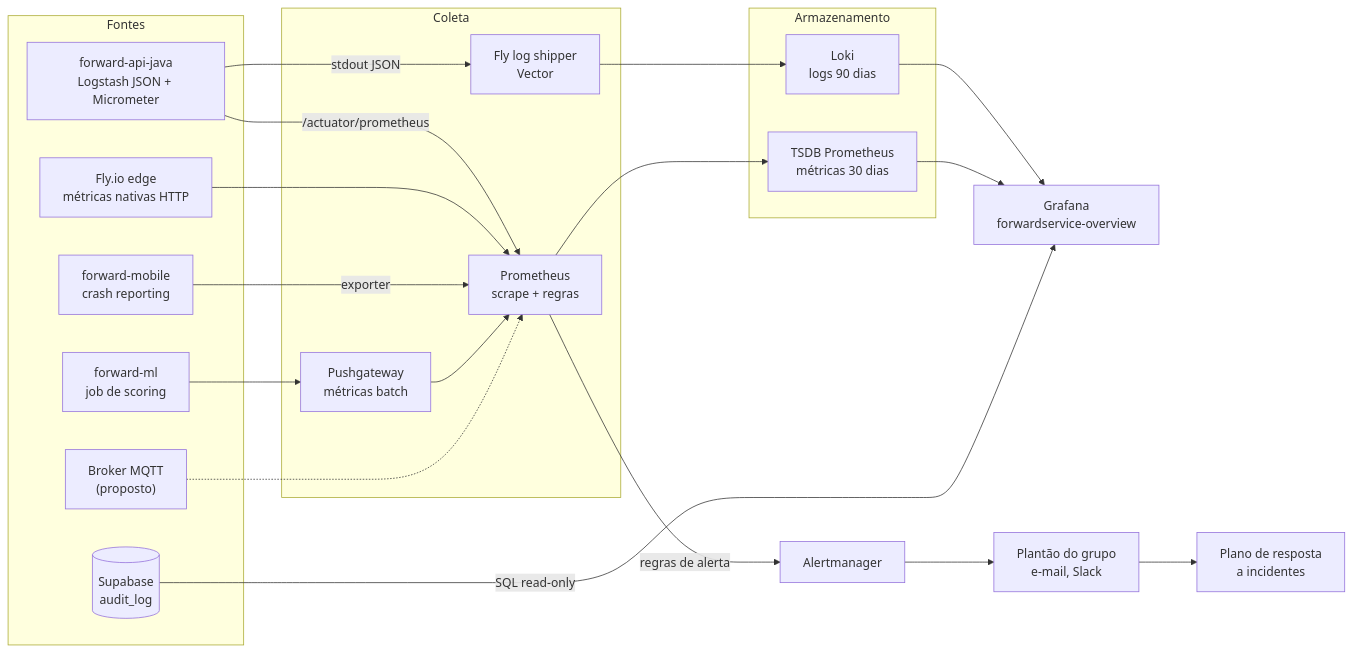
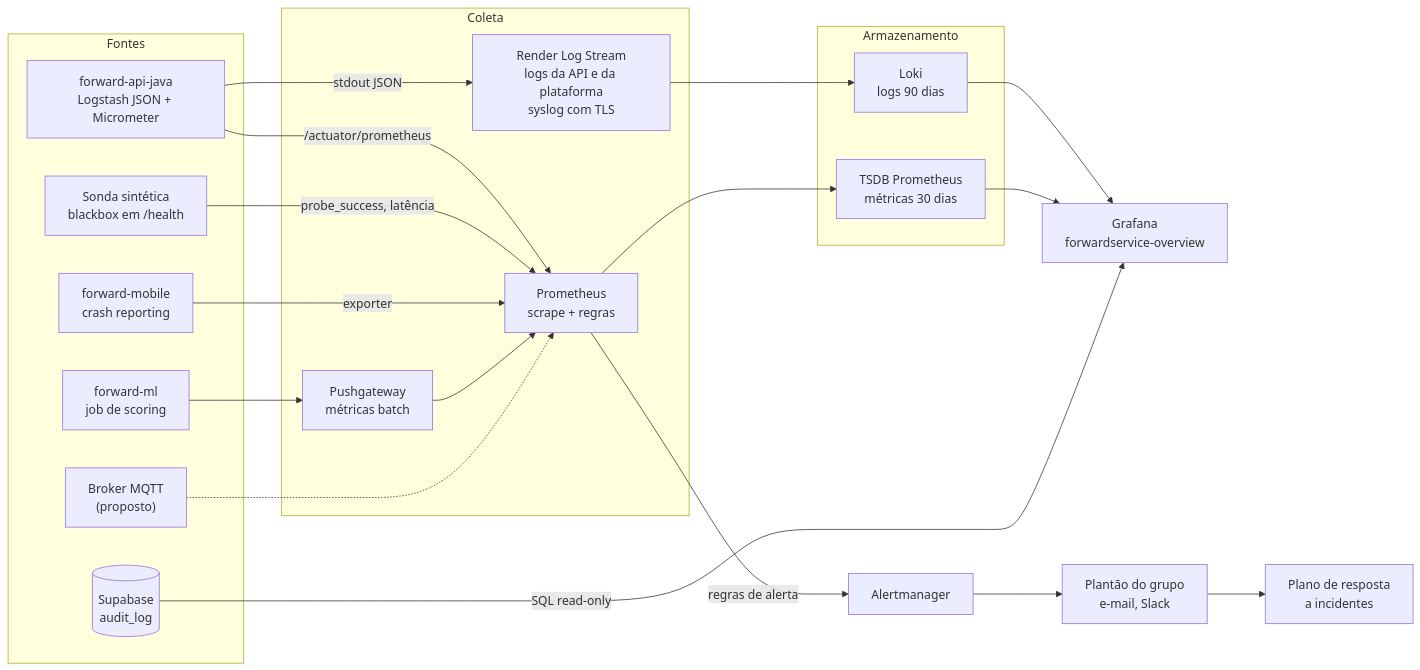
Before and after one commit to fwd-ford/forward-docs: the diagram in academic/cyber/sprint3/diagrams/03_observabilidade.mmd, drawn with Mermaid. The commit also changed 17 other files, not shown here.

```diff
--- a/academic/cyber/sprint3/diagrams/03_observabilidade.mmd
+++ b/academic/cyber/sprint3/diagrams/03_observabilidade.mmd
@@ -1,33 +1,33 @@
 flowchart LR
   subgraph SRC["Fontes"]
     API["forward-api-java<br/>Logstash JSON + Micrometer"]
-    FLY["Fly.io edge<br/>métricas nativas HTTP"]
+    PROBE["Sonda sintética<br/>blackbox em /health"]
     MOB["forward-mobile<br/>crash reporting"]
     MLS["forward-ml<br/>job de scoring"]
     BRK["Broker MQTT<br/>(proposto)"]
     DB[("Supabase<br/>audit_log")]
   end
   subgraph COL["Coleta"]
-    SHIP["Fly log shipper<br/>Vector"]
+    SHIP["Render Log Stream<br/>logs da API e da plataforma<br/>syslog com TLS"]
     PROM["Prometheus<br/>scrape + regras"]
     PGW["Pushgateway<br/>métricas batch"]
   end
   subgraph STORE["Armazenamento"]
     LOKI["Loki<br/>logs 90 dias"]
     TSDB["TSDB Prometheus<br/>métricas 30 dias"]
   end
   GRAF["Grafana<br/>forwardservice-overview"]
   AM["Alertmanager"]
   ONC["Plantão do grupo<br/>e-mail, Slack"]
   IR["Plano de resposta<br/>a incidentes"]
+  API -- "/actuator/prometheus" --> PROM
   API -- "stdout JSON" --> SHIP --> LOKI
-  API -- "/actuator/prometheus" --> PROM
-  FLY --> PROM
+  PROBE -- "probe_success, latência" --> PROM
   MOB -- "exporter" --> PROM
   MLS --> PGW --> PROM
   BRK -.-> PROM
   PROM --> TSDB
   LOKI --> GRAF
   TSDB --> GRAF
   DB -- "SQL read-only" --> GRAF
   PROM -- "regras de alerta" --> AM --> ONC --> IR
```
